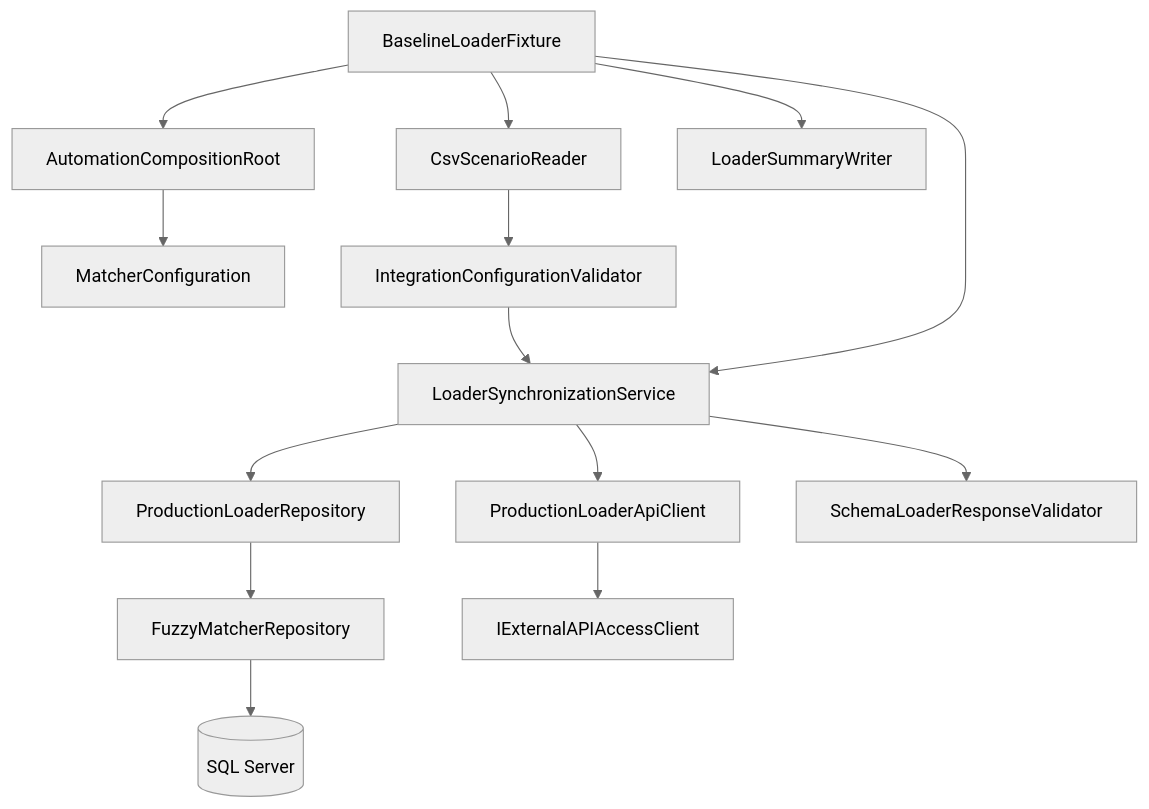
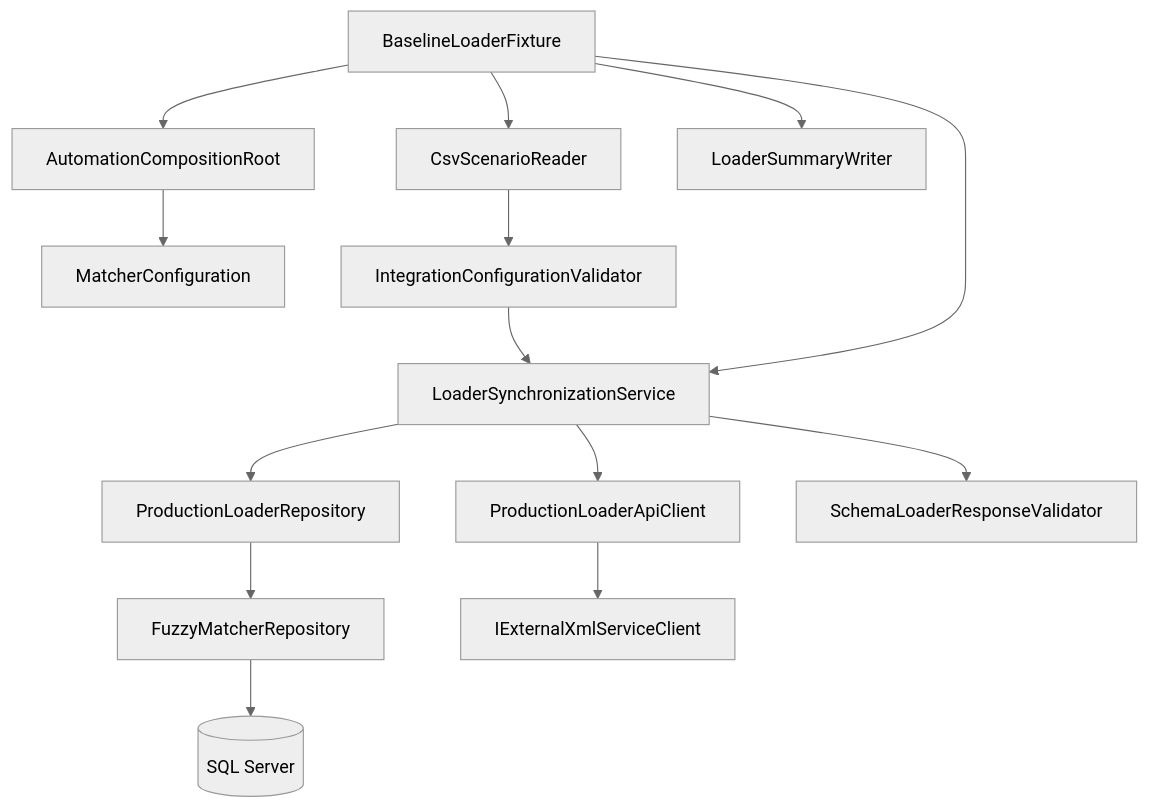
The second of 3 diagrams in FuzzyPricingMatcher/docs/architecture.md (ChetanChohan7/playwright-bdd-acorn), drawn with Mermaid (neutral theme) before and after one commit. The commit also changed other lines of this file and 627 other files, not shown here.

````diff
--- a/FuzzyPricingMatcher/docs/architecture.md
+++ b/FuzzyPricingMatcher/docs/architecture.md
@@ -294,29 +286,29 @@
 ```mermaid
 flowchart TD
     LT[BaselineLoaderFixture]
     CR[AutomationCompositionRoot]
     CFG[MatcherConfiguration]
     CSV[CsvScenarioReader]
     VALIDATE[IntegrationConfigurationValidator]
     LOAD[LoaderSynchronizationService]
     REPO[ProductionLoaderRepository]
     APIADAPTER[ProductionLoaderApiClient]
     XMLVALIDATE[SchemaLoaderResponseValidator]
     SQL[FuzzyMatcherRepository]
-    API[IExternalAPIAccessClient]
+    API[IExternalXmlServiceClient]
     SUMMARY[LoaderSummaryWriter]
 
     LT --> CR
     CR --> CFG
     LT --> CSV
     CSV --> VALIDATE
     VALIDATE --> LOAD
     LT --> LOAD
     LOAD --> REPO
     LOAD --> APIADAPTER
     APIADAPTER --> API
     LOAD --> XMLVALIDATE
     REPO --> SQL
     SQL --> DB[(SQL Server)]
     LT --> SUMMARY
 ```
````
